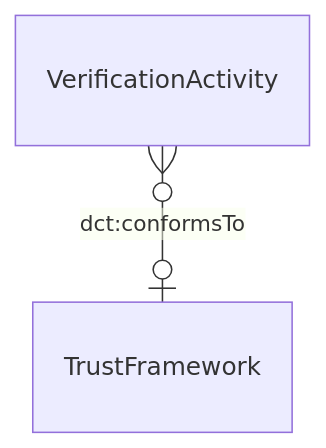
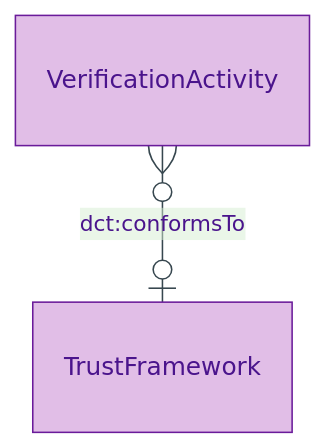
The diagram in docs/manual/logical/claim/trust-framework.md (sparkling/opda), drawn with Mermaid before and after one commit. The commit also changed other lines of this file and 179 other files, not shown here.

First line of the commit message:
docs(manual): Logical-tier diagram expansion via /diagramming skill

````diff
--- a/docs/manual/logical/claim/trust-framework.md
+++ b/docs/manual/logical/claim/trust-framework.md
@@ -30,4 +35,8 @@
 ```mermaid
+%%{init: {"theme": "base", "themeVariables": {"primaryColor": "#E1BEE7", "primaryTextColor": "#4A148C", "primaryBorderColor": "#6A1B9A", "lineColor": "#37474F"}}}%%
 erDiagram
+    accTitle: TrustFramework — Entity-Relationship Diagram
+    accDescr: TrustFramework citation — referenced by VerificationActivity via dct:conformsTo (the S009 5-residue local term).
+
     VerificationActivity }o--o| TrustFramework : "dct:conformsTo"
 ```
````
